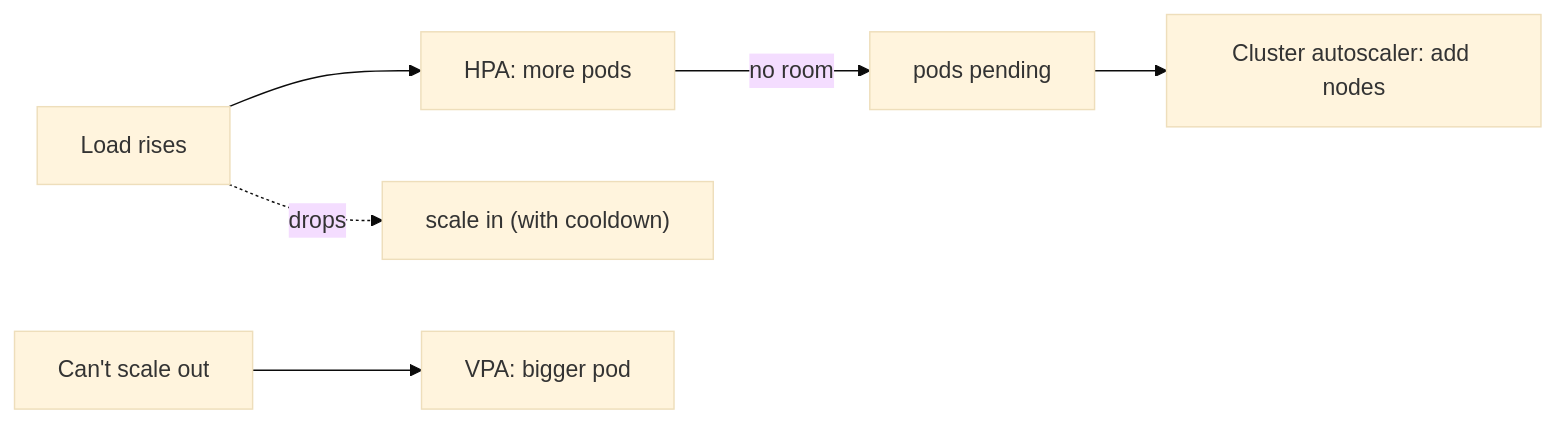
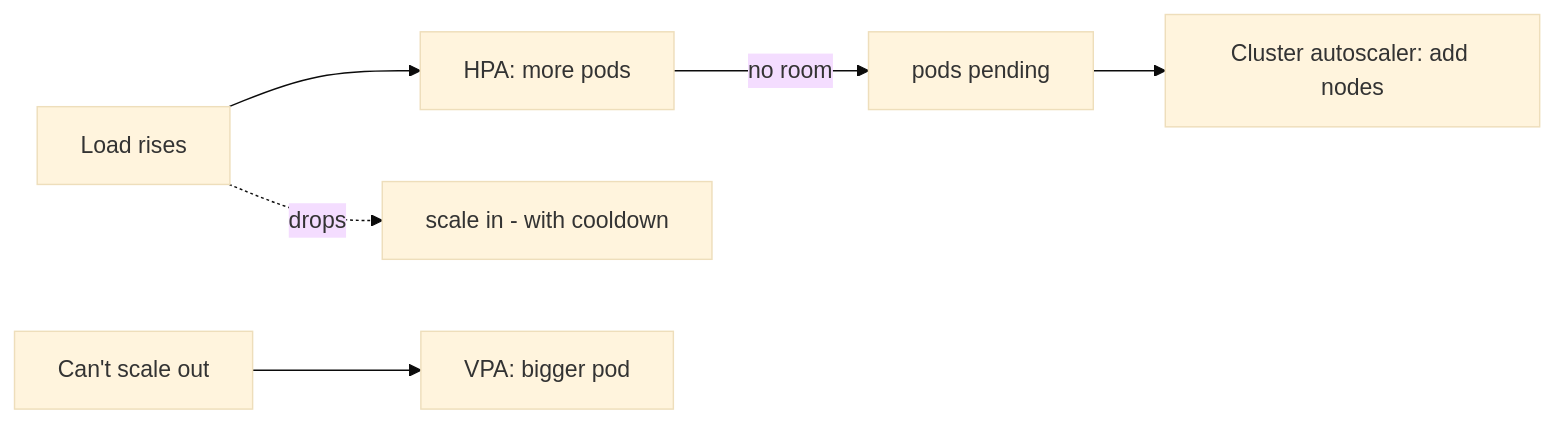
Before and after one commit to RIT-MESH/system-design-mastery: the diagram in docs/09-cloud-platform/06-autoscaling.md, drawn with Mermaid (base theme). The commit also changed 139 other files, not shown here.

First line of the commit message:
Fix Mermaid parse errors: replace parentheses in node labels across 140 files

````diff
--- a/docs/09-cloud-platform/06-autoscaling.md
+++ b/docs/09-cloud-platform/06-autoscaling.md
@@ -20,9 +20,9 @@
 ```mermaid
 %% created-for: system-design-mastery
 flowchart LR
   Load["Load rises"] --> HPA["HPA: more pods"]
   HPA -->|"no room"| Pending["pods pending"]
   Pending --> CA["Cluster autoscaler: add nodes"]
   Stateful["Can't scale out"] --> VPA["VPA: bigger pod"]
-  Load -.drops.-> Down["scale in (with cooldown)"]
+  Load -.drops.-> Down["scale in - with cooldown"]
 ```
````
